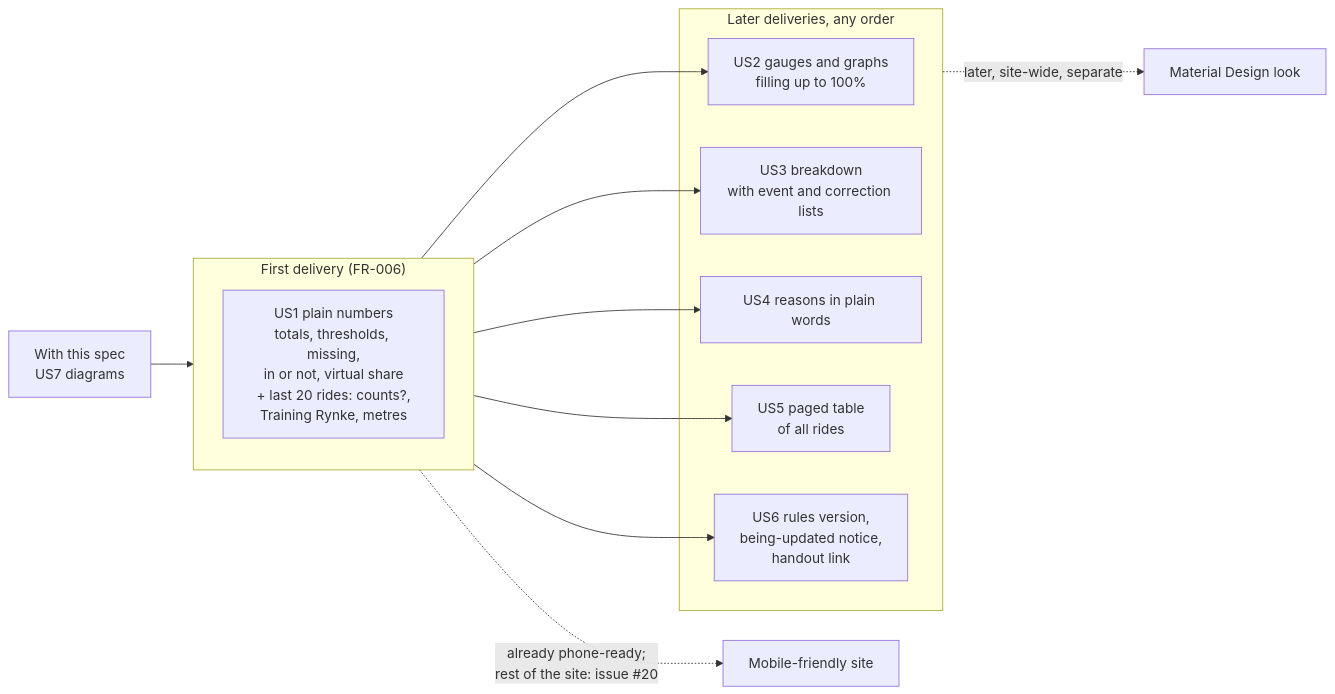
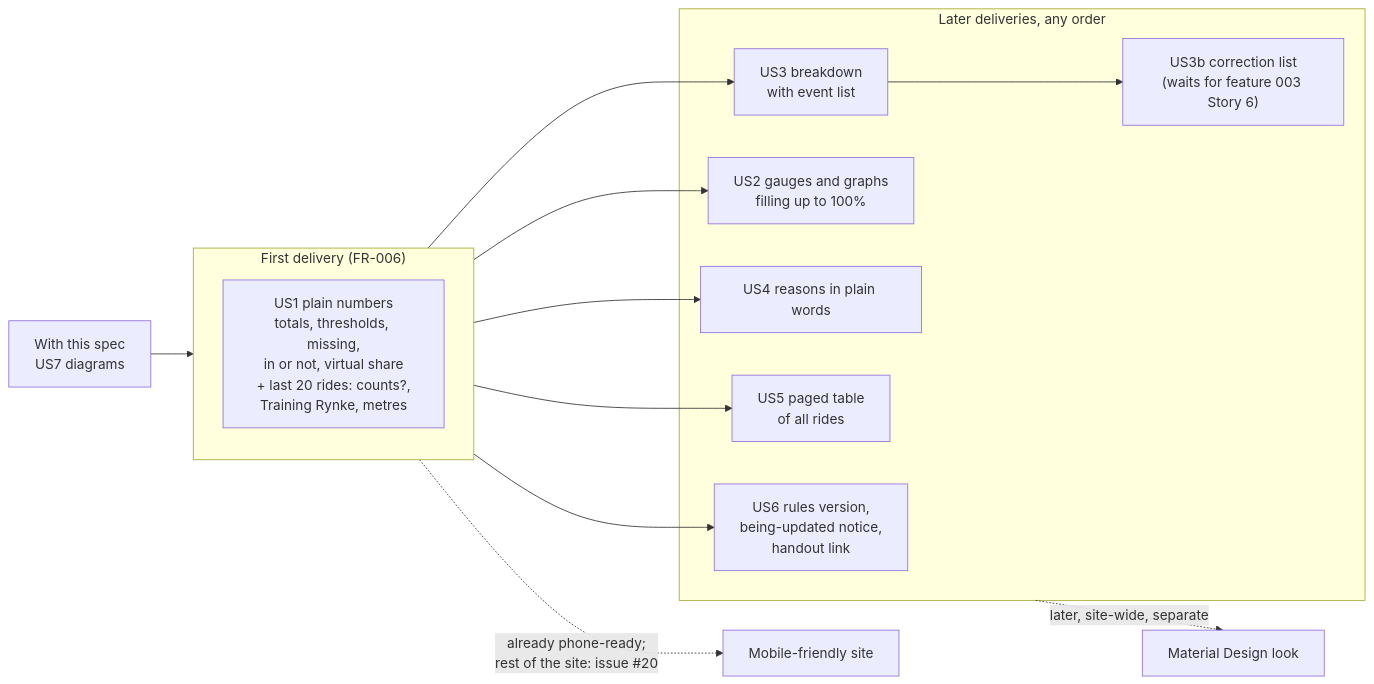
One commit to SaSteffen/RynkePoints changed the first of 18 diagrams in specs/005-rider-view/spec.md. Above: the diagram before and after it, drawn with Mermaid. The commit also changed other lines of this file and 2 other files, not shown here.

Commit message:
docs: check rider view diagrams against the build

````diff
--- a/specs/005-rider-view/spec.md
+++ b/specs/005-rider-view/spec.md
@@ -714,20 +721,22 @@
 ```mermaid
 flowchart LR
     spec["With this spec<br/>US7 diagrams"] --> d1
 
     subgraph d1["First delivery (FR-006)"]
         us1["US1 plain numbers<br/>totals, thresholds, missing,<br/>in or not, virtual share<br/>+ last 20 rides: counts?,<br/>Training Rynke, metres"]
     end
 
     subgraph later["Later deliveries, any order"]
         us2["US2 gauges and graphs<br/>filling up to 100%"]
-        us3["US3 breakdown<br/>with event and correction lists"]
+        us3["US3 breakdown<br/>with event list"]
+        us3c["US3b correction list<br/>(waits for feature 003 Story 6)"]
         us4["US4 reasons in plain words"]
         us5["US5 paged table<br/>of all rides"]
         us6["US6 rules version,<br/>being-updated notice,<br/>handout link"]
     end
 
     d1 --> us2 & us3 & us4 & us5 & us6
+    us3 --> us3c
     later -. "later, site-wide, separate" .-> md["Material Design look"]
     d1 -. "already phone-ready;<br/>rest of the site: issue #20" .-> mob["Mobile-friendly site"]
 ```
````
